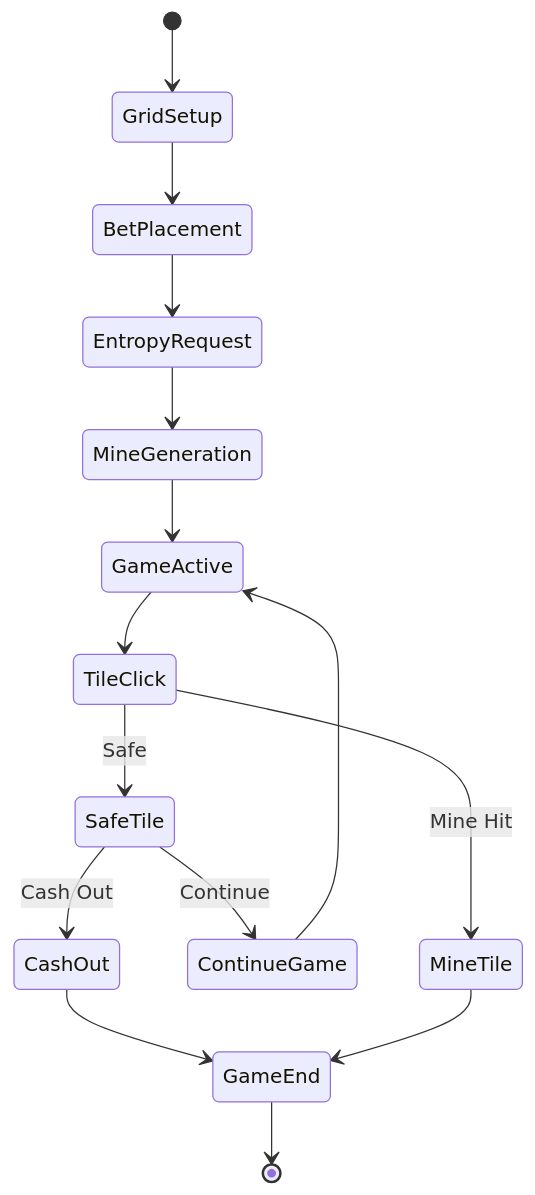
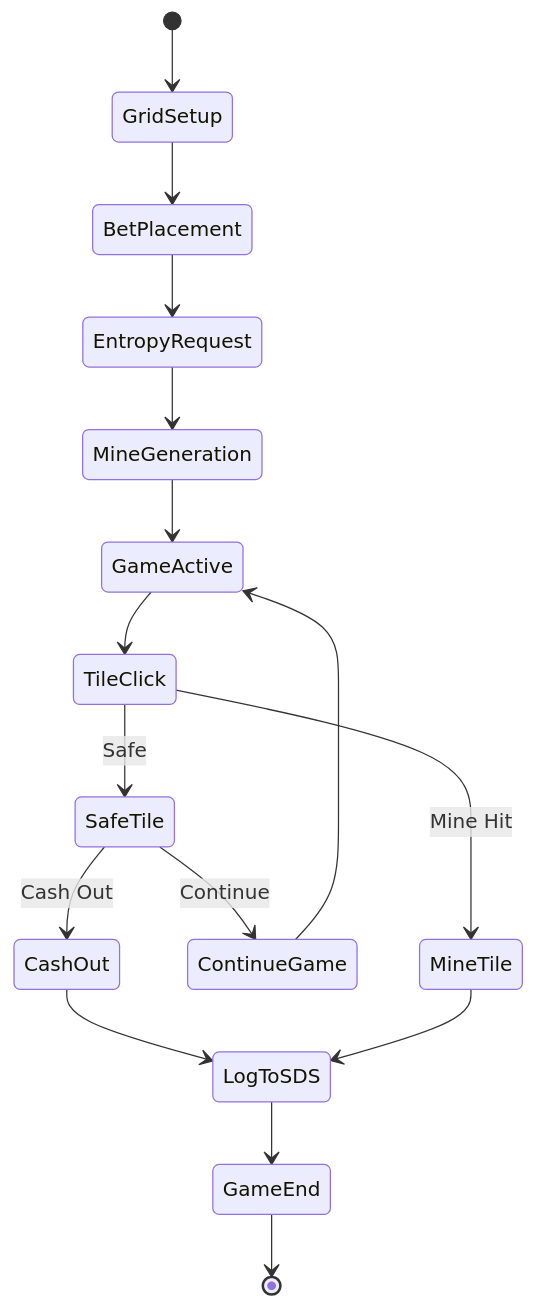
Before and after one commit to AmaanSayyad/APT-Casino-Somnia: diagram 11 of 24 in MERMAID_DIAGRAMS.md, drawn with Mermaid. The commit also changed other lines of this file and 6 other files, not shown here.

Commit message:
diagrams and wd

````diff
--- a/MERMAID_DIAGRAMS.md
+++ b/MERMAID_DIAGRAMS.md
@@ -319,21 +413,22 @@
 ```mermaid
 stateDiagram-v2
     [*] --> GridSetup
     GridSetup --> BetPlacement
     BetPlacement --> EntropyRequest
     EntropyRequest --> MineGeneration
     MineGeneration --> GameActive
     
     GameActive --> TileClick
     TileClick --> SafeTile: Safe
     TileClick --> MineTile: Mine Hit
     
     SafeTile --> ContinueGame: Continue
     SafeTile --> CashOut: Cash Out
     
     ContinueGame --> GameActive
-    CashOut --> GameEnd
-    MineTile --> GameEnd
+    CashOut --> LogToSDS
+    MineTile --> LogToSDS
     
+    LogToSDS --> GameEnd
     GameEnd --> [*]
 ```
````
